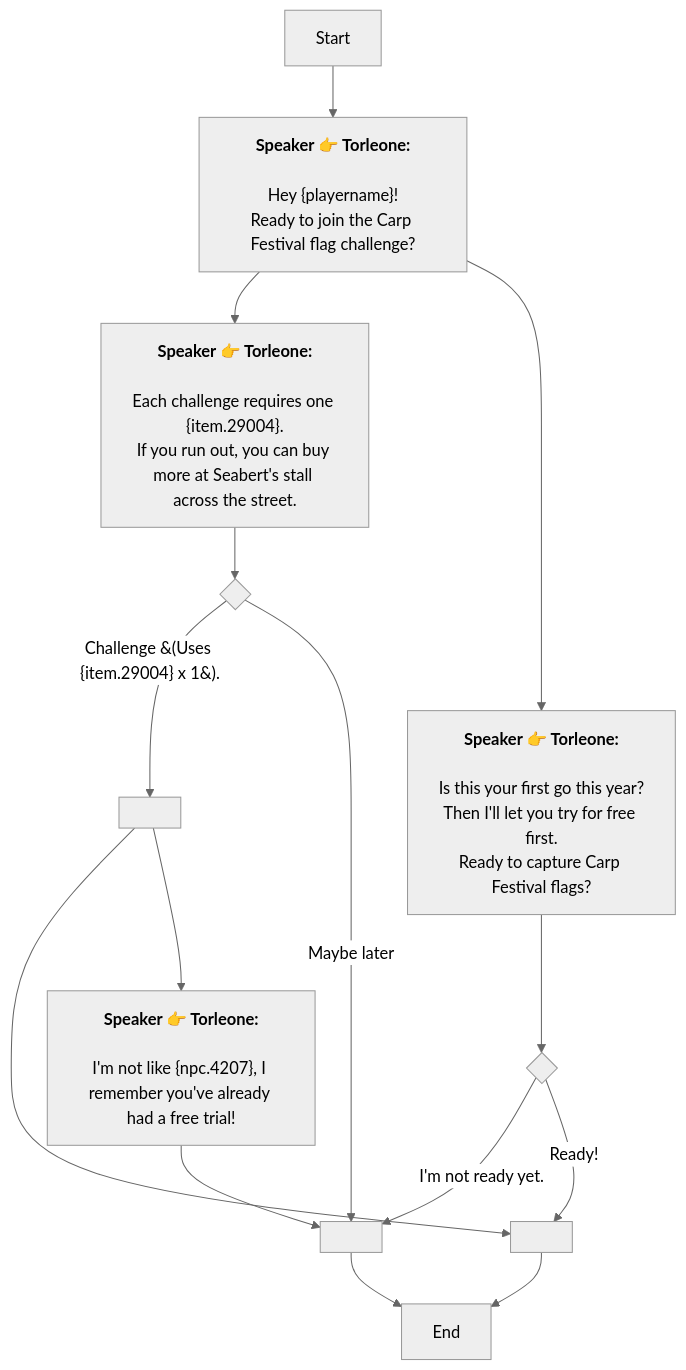
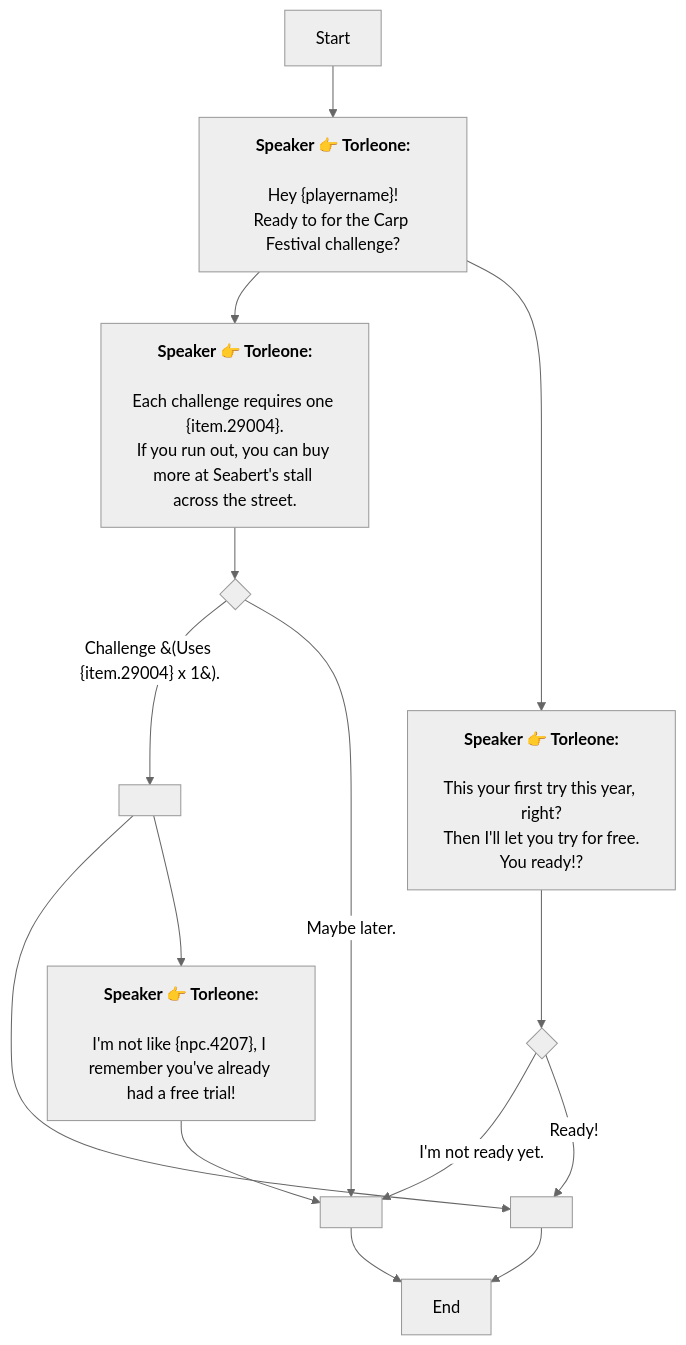
The diagram in En/AddDialogNode_1747827838779673.md (SoftHu/tos_avg), drawn with Mermaid (neutral theme) before and after one commit. The commit also changed 312 other files, not shown here.

````diff
--- a/En/AddDialogNode_1747827838779673.md
+++ b/En/AddDialogNode_1747827838779673.md
@@ -1,30 +1,30 @@
 ```mermaid
 graph
 Start -->1747827907015965[<b>Speaker 👉 Torleone:</b>
 
 Hey &lbrace;playername&rbrace;!
-Ready to join the Carp Festival flag challenge?]
+Ready to for the Carp Festival challenge?]
 1747827907015965 -->1752005655631188[<b>Speaker 👉 Torleone:</b>
 
 Each challenge requires one &lbrace;item.29004&rbrace;.
 If you run out, you can buy more at Seabert's stall across the street.]
 1747827907015965 -->1752005877835099[<b>Speaker 👉 Torleone:</b>
 
-Is this your first go this year?
-Then I'll let you try for free first.
-Ready to capture Carp Festival flags?]
+This your first try this year, right?
+Then I'll let you try for free.
+You ready!?]
 1752005655631188 -->1752005828131157{ }
 1752005828131157 -->|Challenge &#40;Uses &lbrace;item.29004&rbrace; x 1&#41;.|1752005867783514[ ]
-1752005828131157 -->|Maybe later|1751644294411574[ ]
+1752005828131157 -->|Maybe later.|1751644294411574[ ]
 1752005867783514 -->1751644280567093{ }
 1752005867783514 -->1752006146056546[<b>Speaker 👉 Torleone:</b>
 
 I'm not like &lbrace;npc.4207&rbrace;, I remember you've already had a free trial!]
 1751644280567093 -->1747827980024094[End]
 1752006146056546 -->1751644294411574{ }
 1751644294411574 -->1747827980024094[End]
 1752005877835099 -->1752005938413916{ }
 1752005938413916 -->|I'm not ready yet.|1751644294411574[ ]
 1752005938413916 -->|Ready!|1751644280567093[ ]
 
  ```
````
